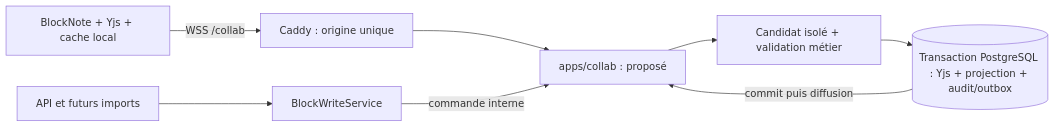
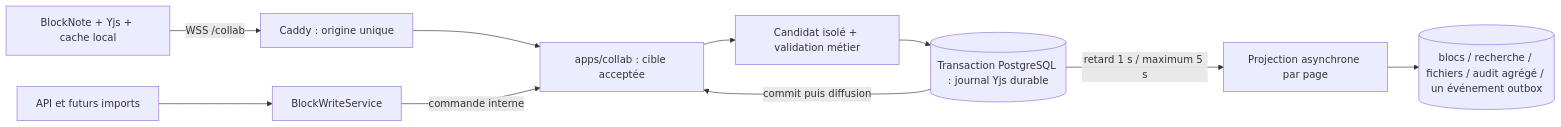
The second of 2 diagrams in ARCHITECTURE.md (FoxTimew/Memoria), drawn with Mermaid before and after one commit. The commit also changed other lines of this file and 26 other files, not shown here.

Commit message:
feat(collab): accept ADR and prove durable Yjs pipeline before UI

````diff
--- a/ARCHITECTURE.md
+++ b/ARCHITECTURE.md
@@ -60,10 +60,12 @@
 ```mermaid
 flowchart LR
   Browser[BlockNote + Yjs + cache local] -->|WSS /collab| Caddy[Caddy : origine unique]
-  Caddy --> Collab[apps/collab : proposé]
+  Caddy --> Collab[apps/collab : cible acceptée]
   API[API et futurs imports] --> Writer[BlockWriteService]
   Writer -->|commande interne| Collab
   Collab --> Validation[Candidat isolé + validation métier]
-  Validation --> PG[(Transaction PostgreSQL : Yjs + projection + audit/outbox)]
+  Validation --> PG[(Transaction PostgreSQL : journal Yjs durable)]
   PG -->|commit puis diffusion| Collab
+  PG -->|retard 1 s / maximum 5 s| Projection[Projection asynchrone par page]
+  Projection --> Effects[(blocs / recherche / fichiers / audit agrégé / un événement outbox)]
 ```
````
